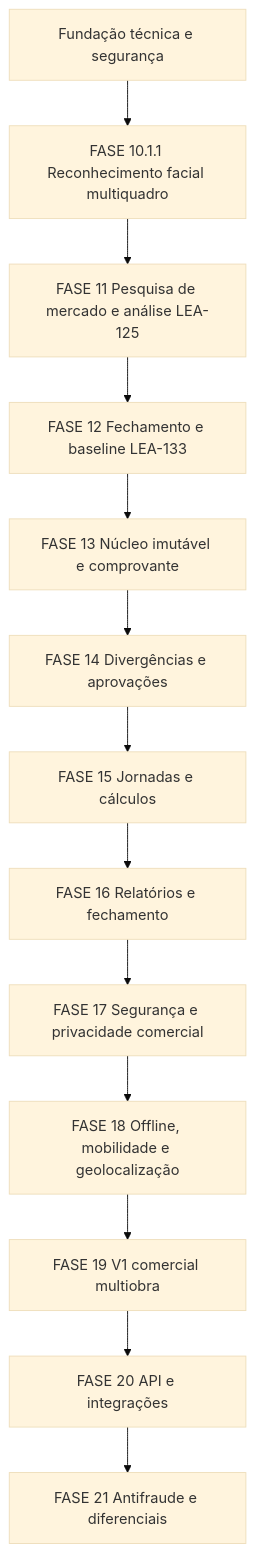
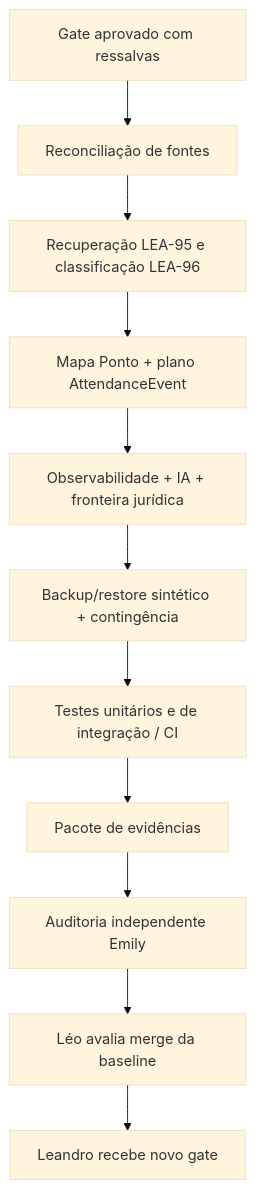
The diagram in ROADMAP_CURRENT.md (leon337/reconhecimento_facial), drawn with Mermaid (base theme) before and after one commit. The commit also changed other lines of this file and 13 other files, not shown here.

First line of the commit message:
chore: resolver ressalvas da LEA-133 e reconciliar baseline (#30)

````diff
--- a/ROADMAP_CURRENT.md
+++ b/ROADMAP_CURRENT.md
@@ -39,15 +32,13 @@
 ```mermaid
 flowchart TD
-    A[Fundação técnica e segurança] --> B[FASE 10.1.1 Reconhecimento facial multiquadro]
-    B --> C[FASE 11 Pesquisa de mercado e análise LEA-125]
-    C --> D[FASE 12 Fechamento e baseline LEA-133]
-    D --> E[FASE 13 Núcleo imutável e comprovante]
-    E --> F[FASE 14 Divergências e aprovações]
-    F --> G[FASE 15 Jornadas e cálculos]
-    G --> H[FASE 16 Relatórios e fechamento]
-    H --> I[FASE 17 Segurança e privacidade comercial]
-    I --> J[FASE 18 Offline, mobilidade e geolocalização]
-    J --> K[FASE 19 V1 comercial multiobra]
-    K --> L[FASE 20 API e integrações]
-    L --> M[FASE 21 Antifraude e diferenciais]
+    A[Gate aprovado com ressalvas] --> B[Reconciliação de fontes]
+    B --> C[Recuperação LEA-95 e classificação LEA-96]
+    C --> D[Mapa Ponto + plano AttendanceEvent]
+    D --> E[Observabilidade + IA + fronteira jurídica]
+    E --> F[Backup/restore sintético + contingência]
+    F --> G[Testes unitários e de integração / CI]
+    G --> H[Pacote de evidências]
+    H --> I[Auditoria independente Emily]
+    I --> J[Léo avalia merge da baseline]
+    J --> K[Leandro recebe novo gate]
 ```
````
